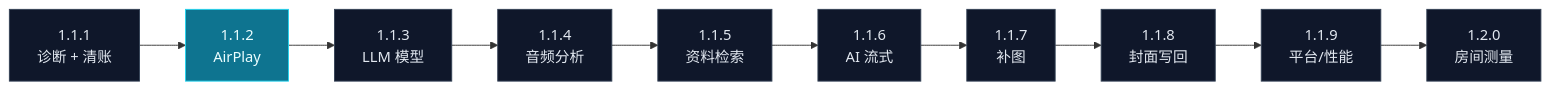
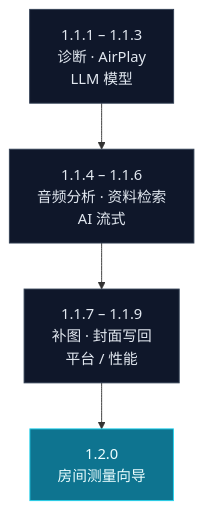
Before and after one commit to BH2VOQ/RLPlayer-Mac: the diagram in README.zh-CN.md, drawn with Mermaid. The commit also changed 1 other file, not shown here.

Commit message:
docs(readme): redraw the roadmap as a compact vertical flow

````diff
--- a/README.zh-CN.md
+++ b/README.zh-CN.md
@@ -263,16 +263,12 @@
 ```mermaid
-flowchart LR
-  A["1.1.1<br/>诊断 + 清账"] --> B["1.1.2<br/>AirPlay"]
-  B --> C["1.1.3<br/>LLM 模型"]
-  C --> D["1.1.4<br/>音频分析"]
-  D --> E["1.1.5<br/>资料检索"]
-  E --> F["1.1.6<br/>AI 流式"]
-  F --> G["1.1.7<br/>补图"]
-  G --> H["1.1.8<br/>封面写回"]
-  H --> I["1.1.9<br/>平台/性能"]
-  I --> J["1.2.0<br/>房间测量"]
+flowchart TB
+  A["1.1.1 – 1.1.3<br/>诊断 · AirPlay<br/>LLM 模型"]
+  B["1.1.4 – 1.1.6<br/>音频分析 · 资料检索<br/>AI 流式"]
+  C["1.1.7 – 1.1.9<br/>补图 · 封面写回<br/>平台 / 性能"]
+  D["1.2.0<br/>房间测量向导"]
+  A --> B --> C --> D
   classDef plan fill:#0f172a,stroke:#334155,color:#e2e8f0;
-  classDef air fill:#0e7490,stroke:#22d3ee,color:#ecfeff;
-  class A,B,C,D,E,F,G,H,I,J plan;
-  class B air;
+  classDef next fill:#0e7490,stroke:#22d3ee,color:#ecfeff;
+  class A,B,C plan;
+  class D next;
 ```
````
